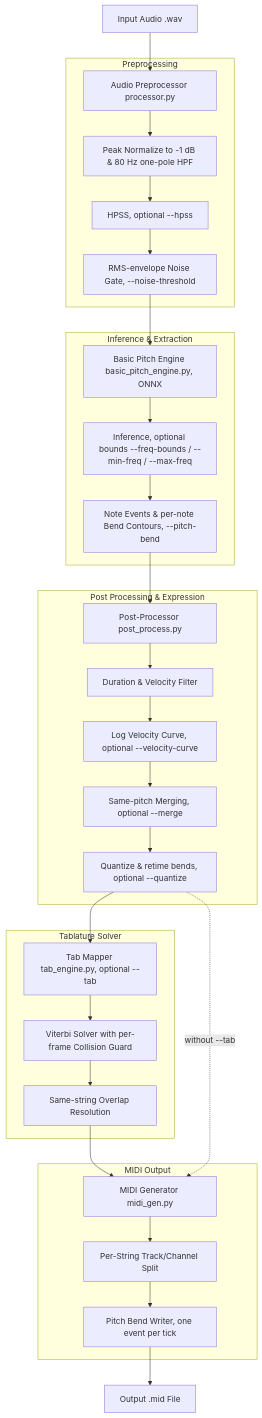
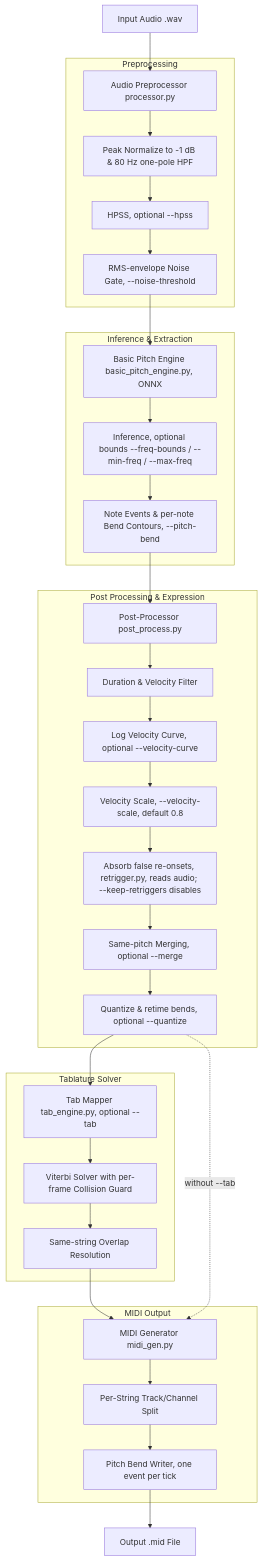
The diagram in specs/design.md (begram/audio2midi), drawn with Mermaid before and after one commit. The commit also changed other lines of this file and 16 other files, not shown here.

First line of the commit message:
fix: review pass on re-onset absorption and velocity scale

````diff
--- a/specs/design.md
+++ b/specs/design.md
@@ -7,33 +7,35 @@
 ```mermaid
 graph TD
     A[Input Audio .wav] --> B[Audio Preprocessor processor.py]
     subgraph Preprocessing
         B --> B1[Peak Normalize to -1 dB & 80 Hz one-pole HPF]
         B1 --> B2[HPSS, optional --hpss]
         B2 --> B3[RMS-envelope Noise Gate, --noise-threshold]
     end
     B3 --> C[Basic Pitch Engine basic_pitch_engine.py, ONNX]
     subgraph Inference & Extraction
         C --> C1[Inference, optional bounds --freq-bounds / --min-freq / --max-freq]
         C1 --> C2[Note Events & per-note Bend Contours, --pitch-bend]
     end
     C2 --> D[Post-Processor post_process.py]
     subgraph Post Processing & Expression
         D --> D1[Duration & Velocity Filter]
         D1 --> D2[Log Velocity Curve, optional --velocity-curve]
-        D2 --> D3[Same-pitch Merging, optional --merge]
+        D2 --> D2a[Velocity Scale, --velocity-scale, default 0.8]
+        D2a --> D2b[Absorb false re-onsets, retrigger.py, reads audio; --keep-retriggers disables]
+        D2b --> D3[Same-pitch Merging, optional --merge]
         D3 --> D4[Quantize & retime bends, optional --quantize]
     end
     D4 --> E[Tab Mapper tab_engine.py, optional --tab]
     subgraph Tablature Solver
         E --> E1[Viterbi Solver with per-frame Collision Guard]
         E1 --> E2[Same-string Overlap Resolution]
     end
     E2 --> F[MIDI Generator midi_gen.py]
     D4 -. without --tab .-> F
     subgraph MIDI Output
         F --> F1[Per-String Track/Channel Split]
         F1 --> F2[Pitch Bend Writer, one event per tick]
     end
     F2 --> G[Output .mid File]
 ```
````
